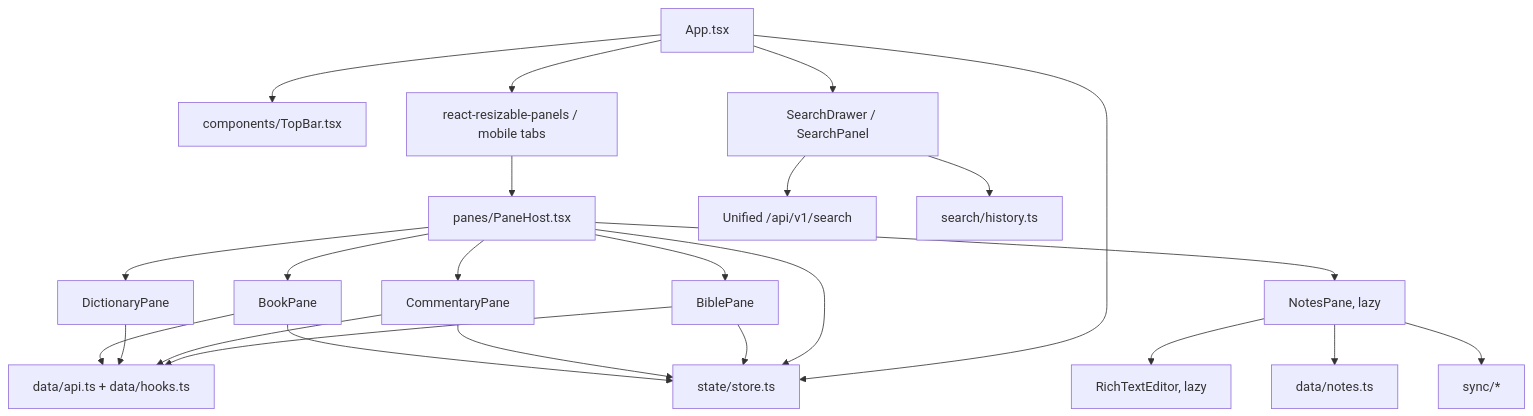
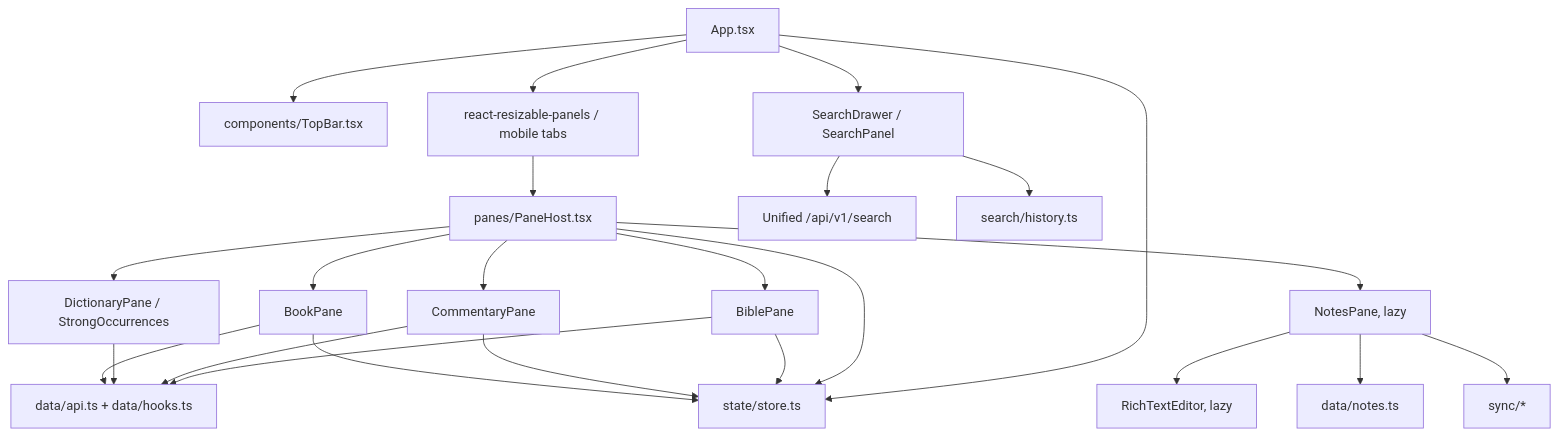
One commit to htrendafilov/DidacheDynamis changed the diagram in docs/developer/web-spa.md. Above: the diagram before and after it, drawn with Mermaid. The commit also changed other lines of this file and 36 other files, not shown here.

````diff
--- a/docs/developer/web-spa.md
+++ b/docs/developer/web-spa.md
@@ -9,19 +9,19 @@
 ```mermaid
 flowchart TD
     App[App.tsx] --> TopBar[components/TopBar.tsx]
     App --> SearchDrawer[SearchDrawer / SearchPanel]
     App --> PanelGroup[react-resizable-panels / mobile tabs]
     PanelGroup --> Host[panes/PaneHost.tsx]
     Host --> Bible[BiblePane]
     Host --> Commentary[CommentaryPane]
-    Host --> Dictionary[DictionaryPane]
+    Host --> Dictionary[DictionaryPane / StrongOccurrences]
     Host --> Book[BookPane]
     Host --> Notes[NotesPane, lazy]
     Notes --> Editor[RichTextEditor, lazy]
     Bible & Commentary & Dictionary & Book --> API[data/api.ts + data/hooks.ts]
     App & Host & Bible & Commentary & Book --> Store[state/store.ts]
     Notes --> Dexie[data/notes.ts]
     Notes --> Dropbox[sync/*]
     SearchDrawer --> SearchAPI[Unified /api/v1/search]
     SearchDrawer --> SearchHistory[search/history.ts]
 ```
````
